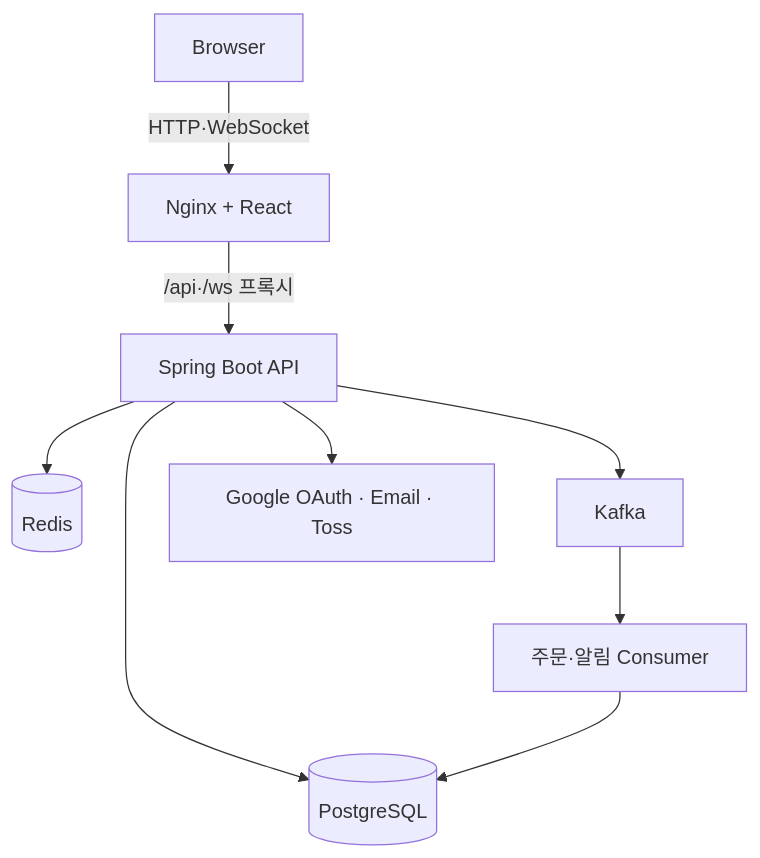
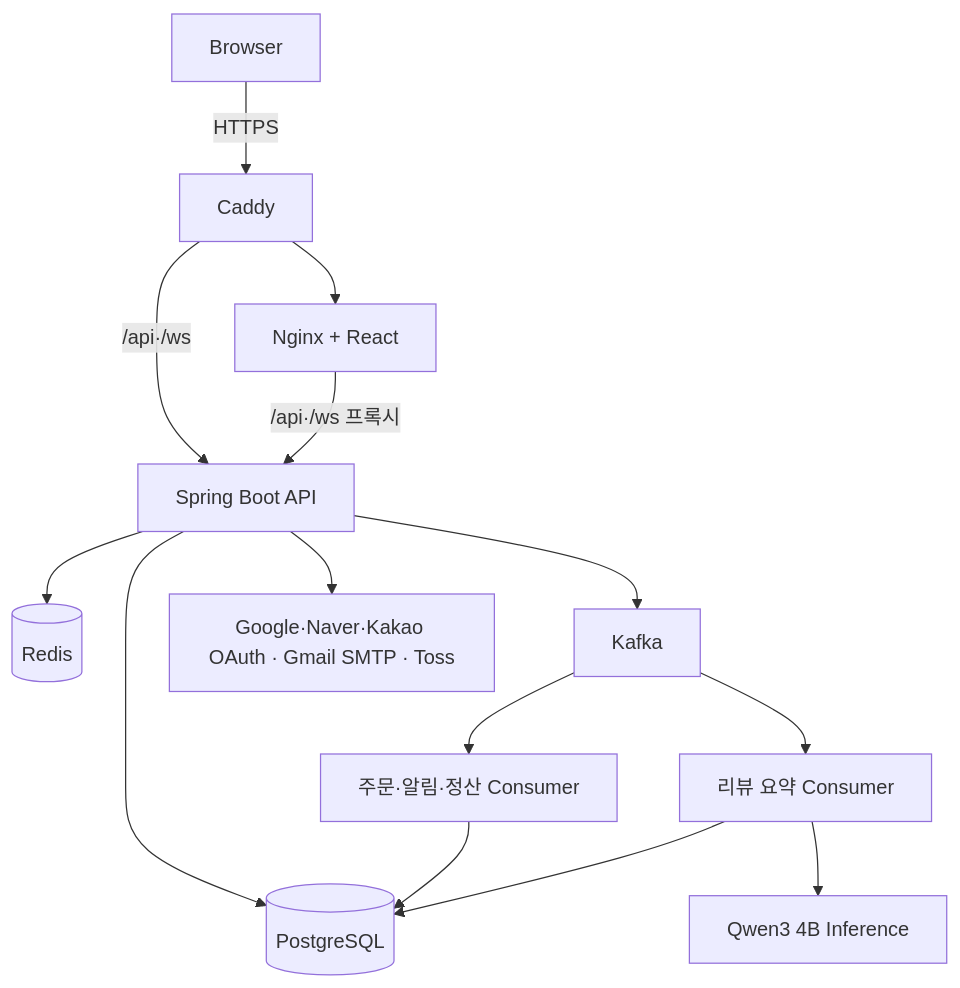
The first of 3 diagrams in docs/architecture.md (yspaceS2/YMall), drawn with Mermaid before and after one commit. The commit also changed other lines of this file and 14 other files, not shown here.

````diff
--- a/docs/architecture.md
+++ b/docs/architecture.md
@@ -7,11 +7,16 @@
 ```mermaid
 flowchart TB
-    Browser["Browser"] -->|HTTP·WebSocket| Nginx["Nginx + React"]
-    Nginx -->|/api·/ws 프록시| API["Spring Boot API"]
+    Browser["Browser"] -->|HTTPS| Caddy["Caddy"]
+    Caddy --> Nginx["Nginx + React"]
+    Caddy -->|/api·/ws| API["Spring Boot API"]
+    Nginx -->|/api·/ws 프록시| API
     API --> DB[(PostgreSQL)]
     API --> Redis[(Redis)]
     API --> Kafka["Kafka"]
-    Kafka --> Consumer["주문·알림 Consumer"]
+    Kafka --> Consumer["주문·알림·정산 Consumer"]
+    Kafka --> ReviewConsumer["리뷰 요약 Consumer"]
     Consumer --> DB
-    API --> External["Google OAuth · Email · Toss"]
+    ReviewConsumer --> AI["Qwen3 4B Inference"]
+    ReviewConsumer --> DB
+    API --> External["Google·Naver·Kakao OAuth · Gmail SMTP · Toss"]
 ```
````
